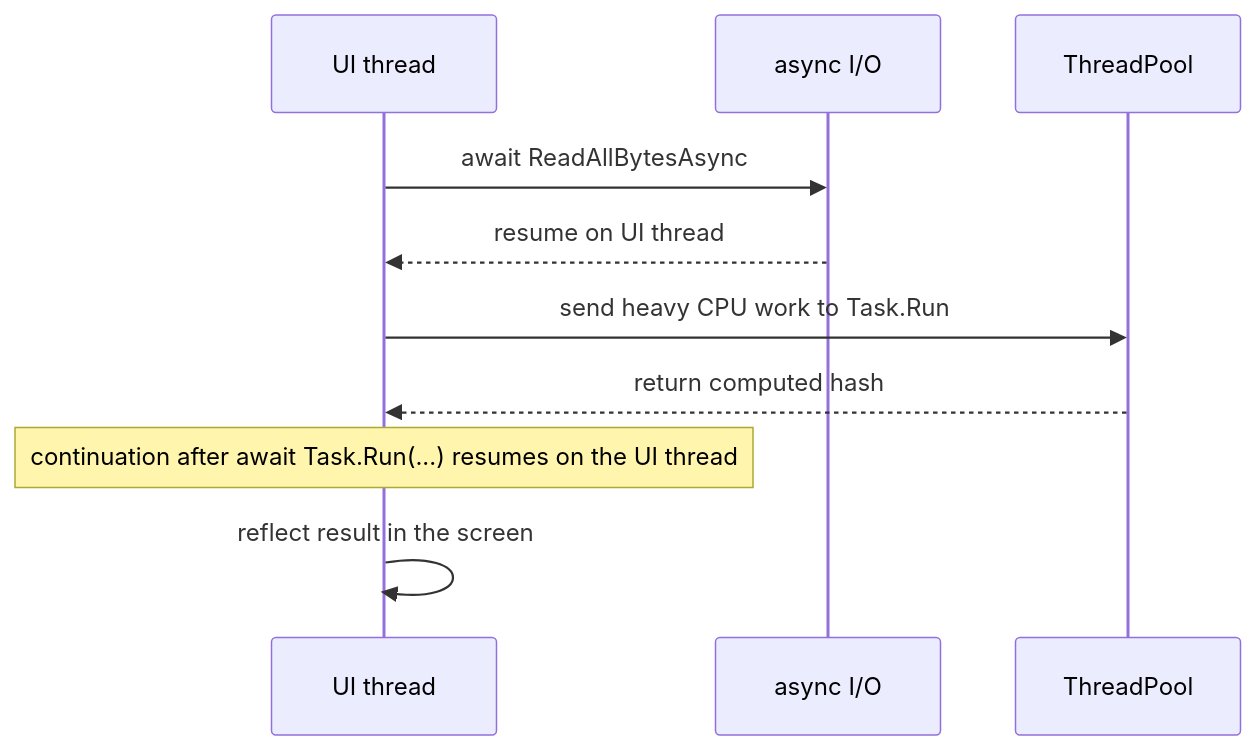
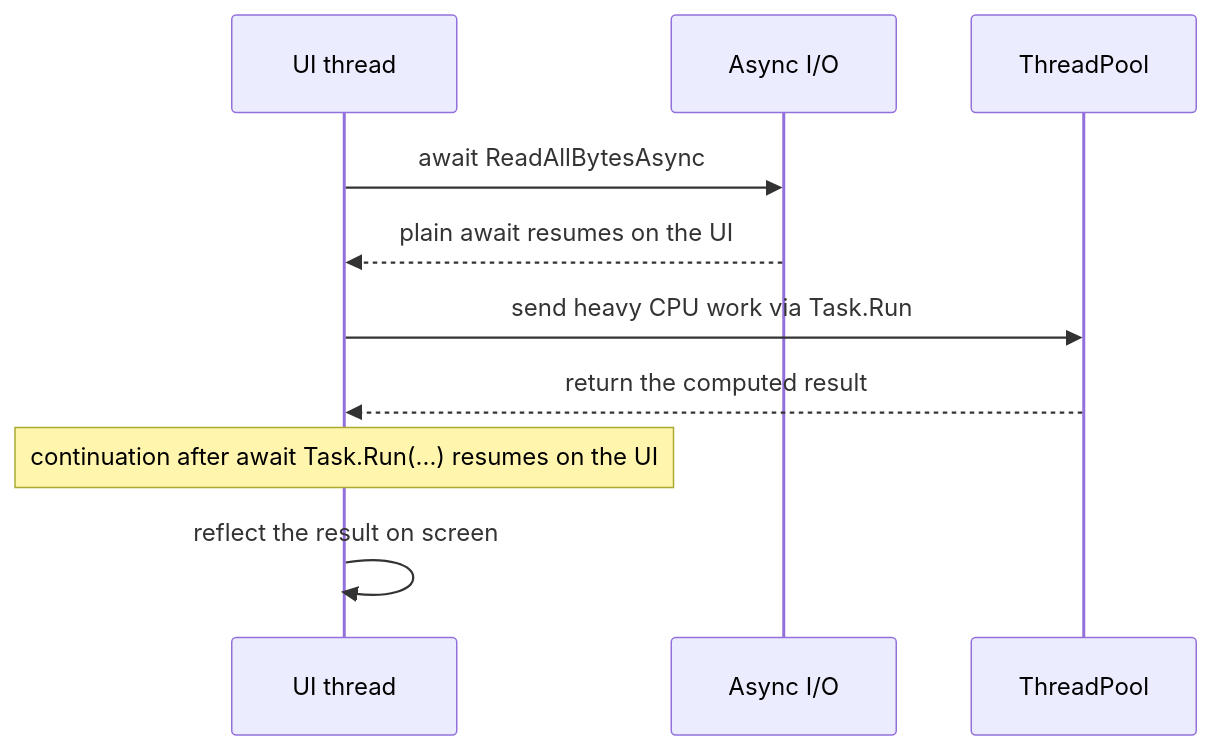
One commit to gomurin0428/KomuraSoftWeb changed the fifth of 8 diagrams in _posts/2026-03-12-000-wpf-winforms-ui-thread-async-await-one-sheet-en.md. Above: the diagram before and after it, drawn with Mermaid. The commit also changed other lines of this file and 3 other files, not shown here.

````diff
--- a/_posts/2026-03-12-000-wpf-winforms-ui-thread-async-await-one-sheet-en.md
+++ b/_posts/2026-03-12-000-wpf-winforms-ui-thread-async-await-one-sheet-en.md
@@ -296,13 +303,13 @@
 ```mermaid
 sequenceDiagram
     participant UI as UI thread
-    participant IO as async I/O
+    participant IO as Async I/O
     participant Pool as ThreadPool
 
     UI->>IO: await ReadAllBytesAsync
-    IO-->>UI: resume on UI thread
-    UI->>Pool: send heavy CPU work to Task.Run
-    Pool-->>UI: return computed hash
-    Note over UI: continuation after await Task.Run(...) resumes on the UI thread
-    UI->>UI: reflect result in the screen
+    IO-->>UI: plain await resumes on the UI
+    UI->>Pool: send heavy CPU work via Task.Run
+    Pool-->>UI: return the computed result
+    Note over UI: continuation after await Task.Run(...) resumes on the UI
+    UI->>UI: reflect the result on screen
 ```
````
